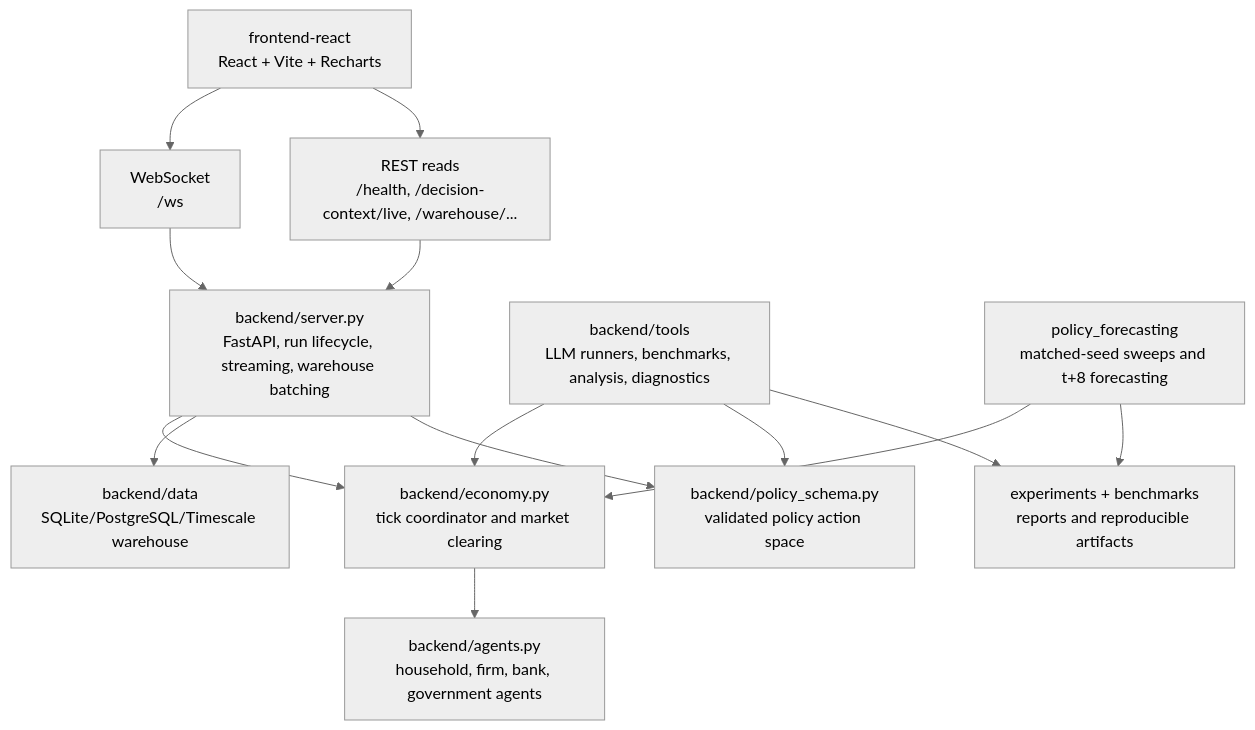
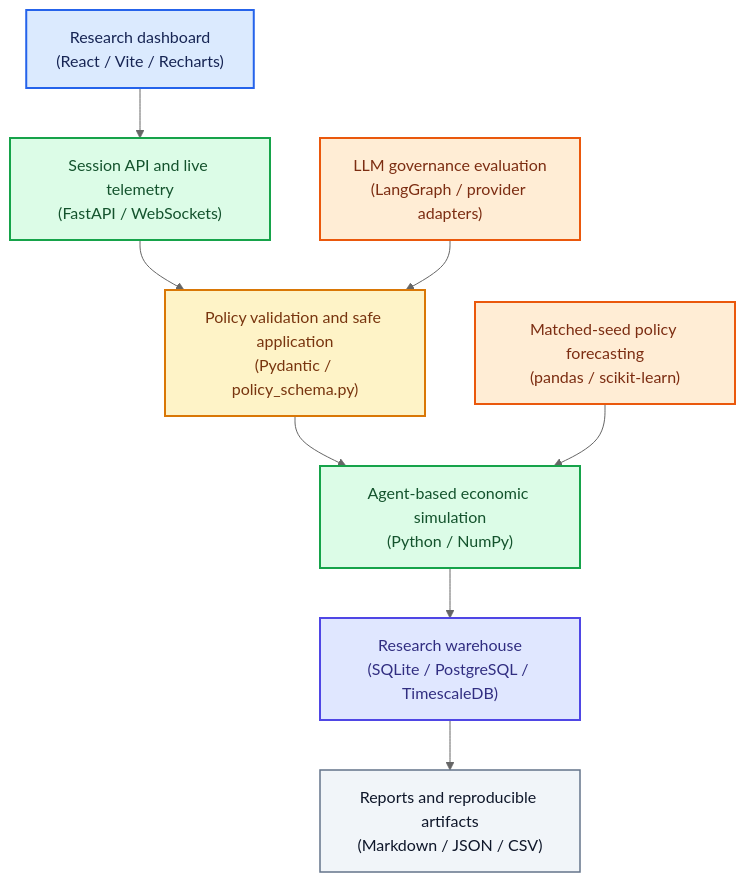
The diagram in README.md (AymanCode/EcoSim), drawn with Mermaid (neutral theme) before and after one commit. The commit also changed other lines of this file and 3 other files, not shown here.

Commit message:
docs: sharpen research narrative and eval scope

````diff
--- a/README.md
+++ b/README.md
@@ -214,24 +222,29 @@
 ```mermaid
 flowchart TD
-  frontend["frontend-react<br/>React + Vite + Recharts"]
-  websocket["WebSocket<br/>/ws"]
-  rest["REST reads<br/>/health, /decision-context/live, /warehouse/..."]
-  server["backend/server.py<br/>FastAPI, run lifecycle, streaming, warehouse batching"]
-  economy["backend/economy.py<br/>tick coordinator and market clearing"]
-  agents["backend/agents.py<br/>household, firm, bank, government agents"]
-  policy["backend/policy_schema.py<br/>validated policy action space"]
-  warehouse["backend/data<br/>SQLite/PostgreSQL/Timescale warehouse"]
-  tools["backend/tools<br/>LLM runners, benchmarks, analysis, diagnostics"]
-  forecasting["policy_forecasting<br/>matched-seed sweeps and t+8 forecasting"]
-  artifacts["experiments + benchmarks<br/>reports and reproducible artifacts"]
+  dashboard["Research dashboard<br/>(React / Vite / Recharts)"]
+  sessions["Session API and live telemetry<br/>(FastAPI / WebSockets)"]
+  guardrails["Policy validation and safe application<br/>(Pydantic / policy_schema.py)"]
+  simulation["Agent-based economic simulation<br/>(Python / NumPy)"]
+  llmEval["LLM governance evaluation<br/>(LangGraph / provider adapters)"]
+  forecasting["Matched-seed policy forecasting<br/>(pandas / scikit-learn)"]
+  warehouse["Research warehouse<br/>(SQLite / PostgreSQL / TimescaleDB)"]
+  artifacts["Reports and reproducible artifacts<br/>(Markdown / JSON / CSV)"]
 
-  frontend --> websocket --> server --> economy --> agents
-  frontend --> rest --> server
-  server --> warehouse
-  server --> policy
-  tools --> economy
-  tools --> policy
-  tools --> artifacts
-  forecasting --> economy
-  forecasting --> artifacts
+  dashboard --> sessions --> guardrails --> simulation --> warehouse --> artifacts
+  llmEval --> guardrails
+  forecasting --> simulation
+
+  classDef experience fill:#DBEAFE,stroke:#2563EB,color:#172554,stroke-width:2px;
+  classDef runtime fill:#DCFCE7,stroke:#16A34A,color:#14532D,stroke-width:2px;
+  classDef safety fill:#FEF3C7,stroke:#D97706,color:#78350F,stroke-width:2px;
+  classDef researchNode fill:#FFEDD5,stroke:#EA580C,color:#7C2D12,stroke-width:2px;
+  classDef dataNode fill:#E0E7FF,stroke:#4F46E5,color:#312E81,stroke-width:2px;
+  classDef artifactNode fill:#F1F5F9,stroke:#64748B,color:#0F172A,stroke-width:1.5px;
+
+  class dashboard experience;
+  class sessions,simulation runtime;
+  class guardrails safety;
+  class llmEval,forecasting researchNode;
+  class warehouse dataNode;
+  class artifacts artifactNode;
 ```
````
